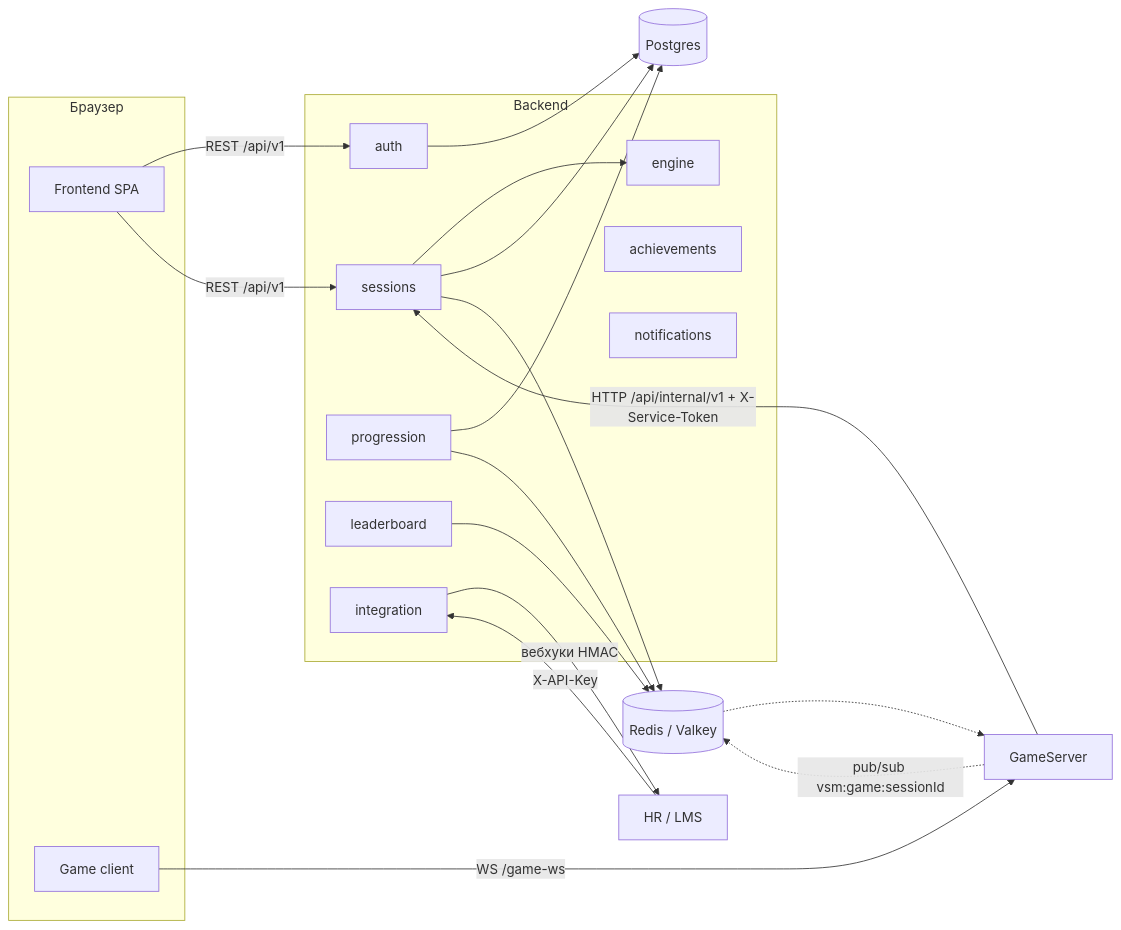
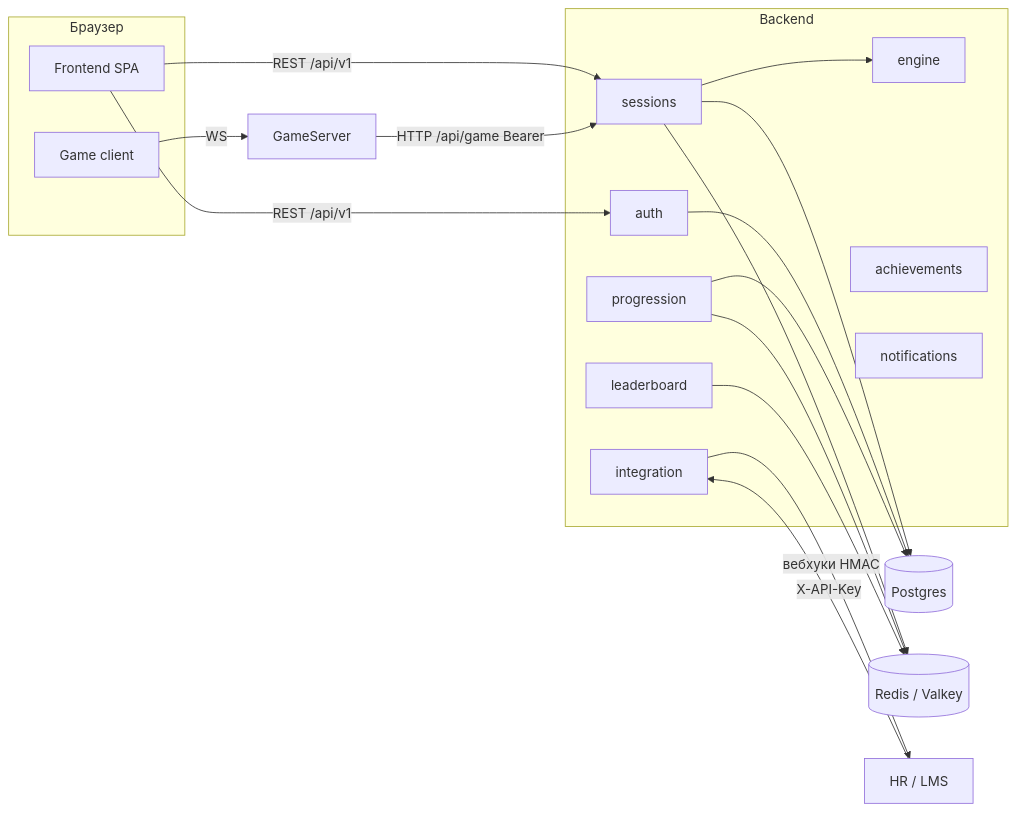
Before and after one commit to GachiL0Rd/vsm-400: the first of 3 diagrams in Backend/docs/architecture.md, drawn with Mermaid. The commit also changed other lines of this file and 9 other files, not shown here.

````diff
--- a/Backend/docs/architecture.md
+++ b/Backend/docs/architecture.md
@@ -14,37 +14,35 @@
 ```mermaid
 flowchart LR
   subgraph browsers [Браузер]
     SPA["Frontend SPA"]
     Game["Game client"]
   end
   GS["GameServer"]
   subgraph api [Backend]
     Auth[auth]
     Sessions[sessions]
     Engine[engine]
     Prog[progression]
     Ach[achievements]
     Board[leaderboard]
     Notes[notifications]
     Integ[integration]
   end
   PG[("Postgres")]
   RD[("Redis / Valkey")]
   HR["HR / LMS"]
 
   SPA -->|"REST /api/v1"| Auth
   SPA -->|"REST /api/v1"| Sessions
-  Game -->|"WS /game-ws"| GS
-  GS -->|"HTTP /api/internal/v1 + X-Service-Token"| Sessions
+  Game -->|"WS"| GS
+  GS -->|"HTTP /api/game Bearer"| Sessions
   Sessions --> Engine
   Sessions --> PG
   Sessions --> RD
-  GS -.->|"pub/sub vsm:game:sessionId"| RD
-  RD -.-> GS
   Auth --> PG
   Prog --> PG
   Prog --> RD
   Board --> RD
   Integ -->|"вебхуки HMAC"| HR
   HR -->|"X-API-Key"| Integ
 ```
````
